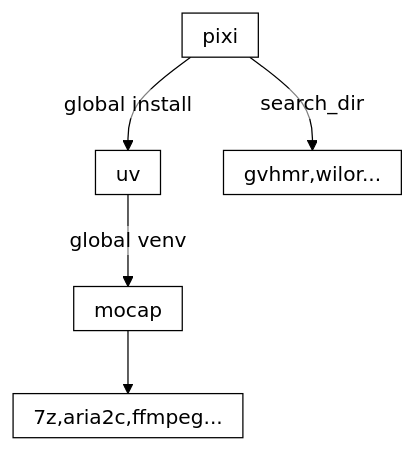
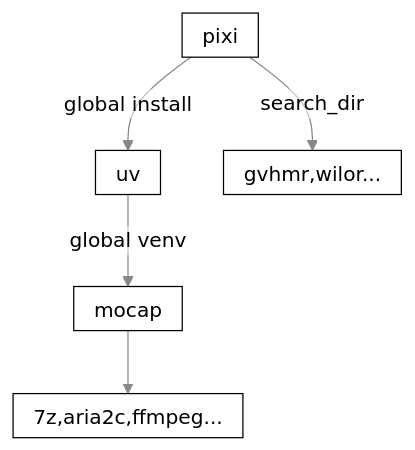
The diagram in README.md (AClon314/mocap-wrapper), drawn with Mermaid before and after one commit. The commit also changed other lines of this file and 14 other files, not shown here.

````diff
--- a/README.md
+++ b/README.md
@@ -119,11 +123,11 @@
 ```mermaid
-%%{init:{'flowchart':{'padding':0, 'htmlLabels':false}, 'htmlLabels':false, 'theme':'base', 'themeVariables':{'primaryColor':'#fff','clusterBkg':'#fff','edgeLabelBackground':'#fff','lineColor':'#000','primaryTextColor':'#000','primaryBorderColor':'#000','secondaryTextColor':'#000', 'clusterBorder':'#888','tertiaryTextColor':'#000'} }}%%
+%%{init:{'flowchart':{'padding':0, 'htmlLabels':false}, 'htmlLabels':false, 'theme':'base', 'themeVariables':{'primaryColor':'#fff','clusterBkg':'#fff','edgeLabelBackground':'#fff','lineColor':'#888','primaryTextColor':'#000','primaryBorderColor':'#000','secondaryTextColor':'#000', 'clusterBorder':'#888','tertiaryTextColor':'#000'} }}%%
 graph TD
 p[pixi]
 u[uv]
 m[mocap]
 p --global install--> u
 u --global venv--> m
 p --search_dir--> gvhmr,wilor...
 m --> 7z,aria2c,ffmpeg...
 ```
````
